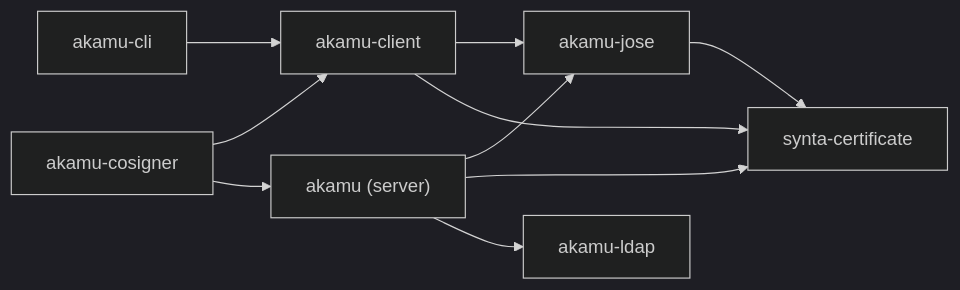
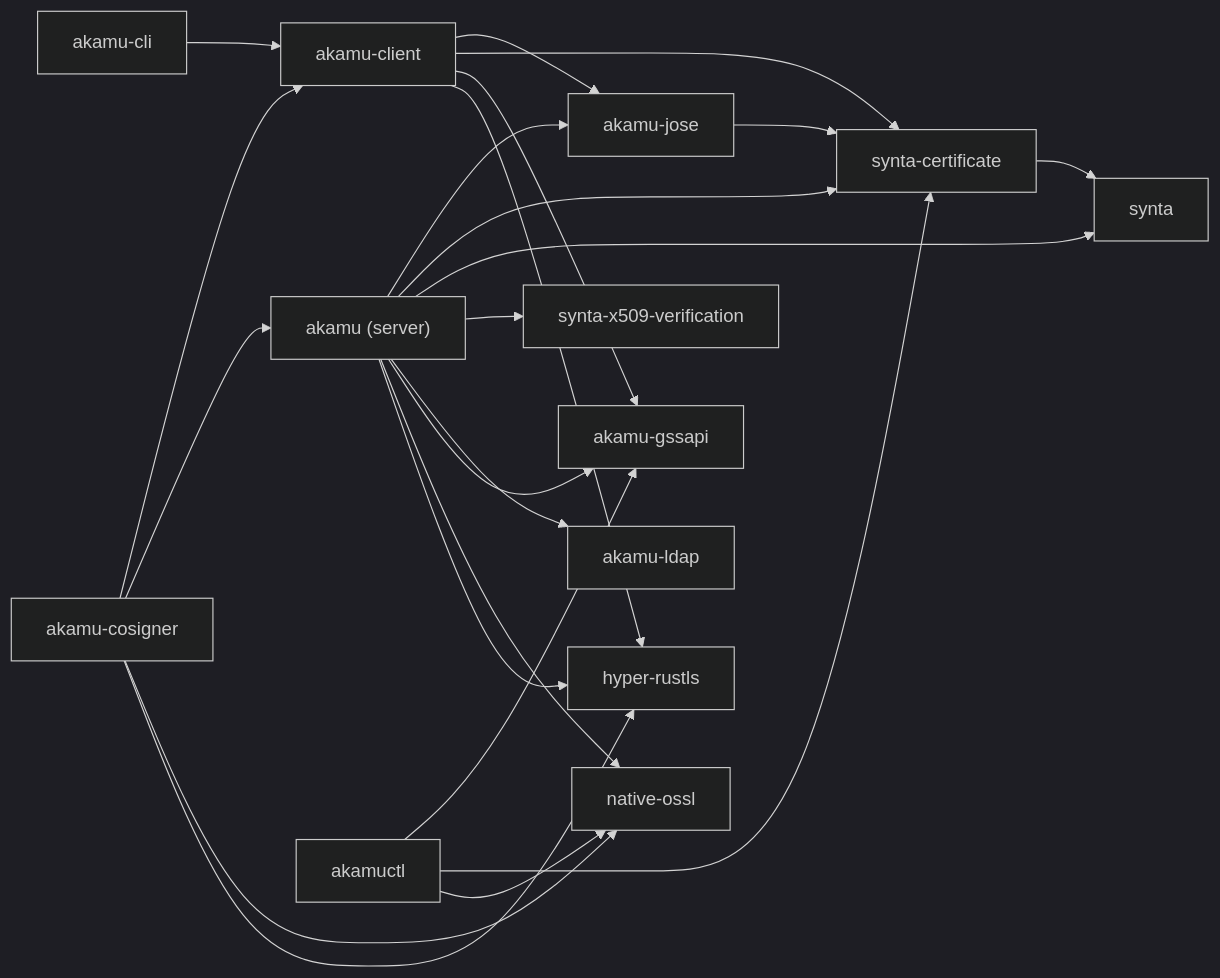
The second of 2 diagrams in docs/src/developer/architecture.md (czinda/akamu), drawn with Mermaid (dark theme) before and after one commit. The commit also changed other lines of this file and 2 other files, not shown here.

First line of the commit message:
docs(dev/architecture): update depenencies tracking

````diff
--- a/docs/src/developer/architecture.md
+++ b/docs/src/developer/architecture.md
@@ -77,20 +85,39 @@
 ```mermaid
 graph LR
     SERVER["akamu (server)"]
     CLIENT["akamu-client"]
     CLI["akamu-cli"]
     COSIGNER["akamu-cosigner"]
     JOSE["akamu-jose"]
     SYNTA["synta-certificate"]
+    SYNTABASE["synta"]
+    SYNTAVERIF["synta-x509-verification"]
     LDAP["akamu-ldap"]
+    GSSAPI["akamu-gssapi"]
+    AKAMUCTL["akamuctl"]
+    NATIVEOSSL["native-ossl"]
+    HYPERRUSTLS["hyper-rustls"]
 
     SERVER --> JOSE
     SERVER --> SYNTA
+    SERVER --> SYNTABASE
+    SERVER --> SYNTAVERIF
     SERVER --> LDAP
+    SERVER --> GSSAPI
+    SERVER --> NATIVEOSSL
+    SERVER --> HYPERRUSTLS
     CLIENT --> JOSE
     CLIENT --> SYNTA
+    CLIENT --> GSSAPI
+    CLIENT --> HYPERRUSTLS
     CLI --> CLIENT
     COSIGNER --> CLIENT
     COSIGNER --> SERVER
+    COSIGNER --> NATIVEOSSL
+    COSIGNER --> HYPERRUSTLS
     JOSE --> SYNTA
+    SYNTA --> SYNTABASE
+    AKAMUCTL --> GSSAPI
+    AKAMUCTL --> SYNTA
+    AKAMUCTL --> NATIVEOSSL
 ```
````
